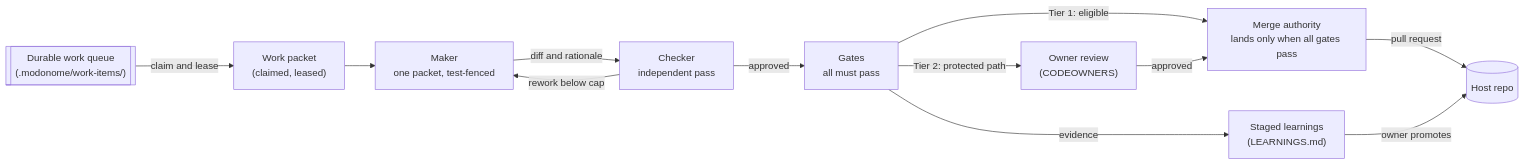
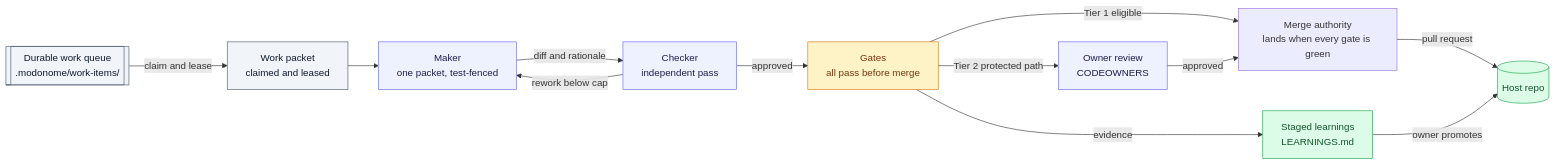
One commit to enumind/modonome changed the second of 6 diagrams in ARCHITECTURE.md. Above: the diagram before and after it, drawn with Mermaid. The commit also changed other lines of this file and 16 other files, not shown here.

````diff
--- a/ARCHITECTURE.md
+++ b/ARCHITECTURE.md
@@ -27,24 +117,34 @@
 ```mermaid
 flowchart LR
-  queue[["Durable work queue\n(.modonome/work-items/)"]]
-  packet["Work packet\n(claimed, leased)"]
-  maker["Maker\none packet, test-fenced"]
-  checker["Checker\nindependent pass"]
-  gates["Gates\nall must pass"]
-  owner["Owner review\n(CODEOWNERS)"]
-  merge["Merge authority\nlands only when all gates pass"]
+  classDef queue fill:#f1f5f9,stroke:#475569,color:#0f172a;
+  classDef role fill:#eef2ff,stroke:#6366f1,color:#1e1b4b;
+  classDef gate fill:#fef3c7,stroke:#d97706,color:#78350f;
+  classDef sink fill:#dcfce7,stroke:#16a34a,color:#14532d;
+
+  queue[["Durable work queue<br/>.modonome/work-items/"]]
+  packet["Work packet<br/>claimed and leased"]
+  maker["Maker<br/>one packet, test-fenced"]
+  checker["Checker<br/>independent pass"]
+  gates["Gates<br/>all pass before merge"]
+  owner["Owner review<br/>CODEOWNERS"]
+  merge["Merge authority<br/>lands when every gate is green"]
   repo[("Host repo")]
-  learn["Staged learnings\n(LEARNINGS.md)"]
+  learn["Staged learnings<br/>LEARNINGS.md"]
 
   queue -->|claim and lease| packet
   packet --> maker
   maker -->|diff and rationale| checker
   checker -->|rework below cap| maker
   checker -->|approved| gates
-  gates -->|Tier 2: protected path| owner
-  gates -->|Tier 1: eligible| merge
+  gates -->|Tier 2 protected path| owner
+  gates -->|Tier 1 eligible| merge
   owner -->|approved| merge
   merge -->|pull request| repo
   gates -->|evidence| learn
   learn -->|owner promotes| repo
+
+  class queue,packet queue
+  class maker,checker,owner role
+  class gates gate
+  class repo,learn sink
 ```
````
